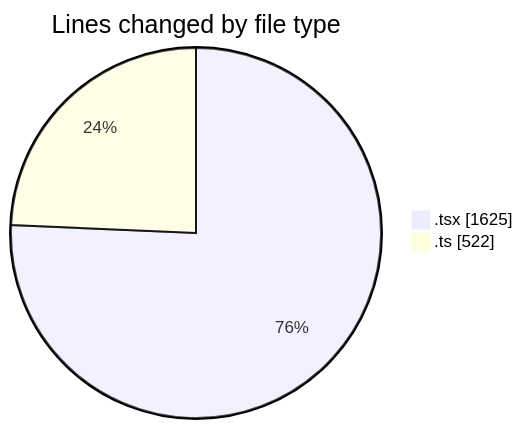
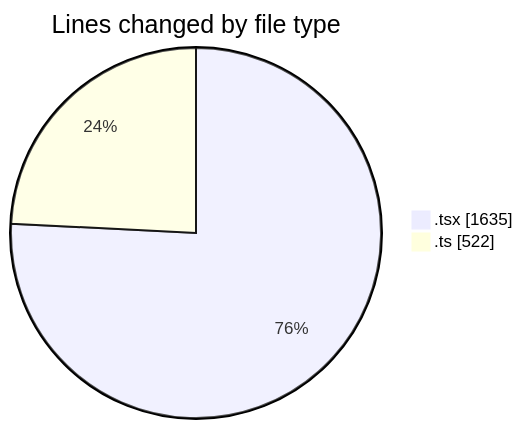
One commit to nxtqubesakshisongat/code-tracking changed the first of 2 diagrams in 2026-04-03/nxtqube_webapp/README.md. Above: the diagram before and after it, drawn with Mermaid. The commit also changed other lines of this file and 1 other file, not shown here.

````diff
--- a/2026-04-03/nxtqube_webapp/README.md
+++ b/2026-04-03/nxtqube_webapp/README.md
@@ -22,6 +22,6 @@
 ```mermaid
 pie showData
 title Lines changed by file type
-".tsx" : 1625
+".tsx" : 1635
 ".ts" : 522
 ```
````
